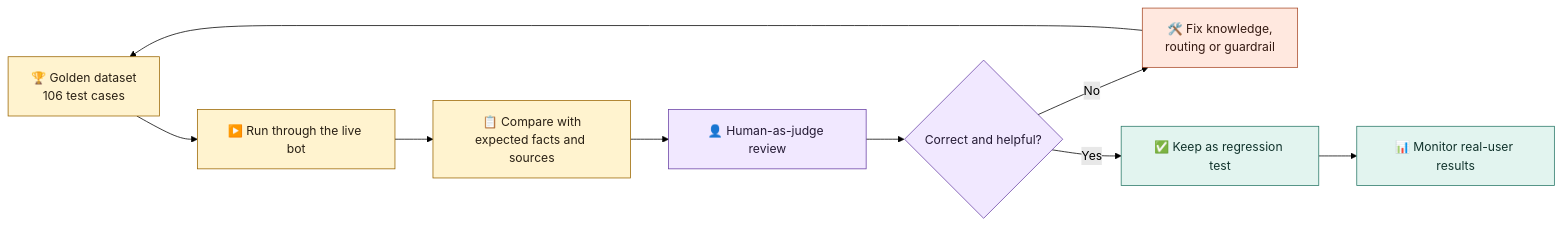
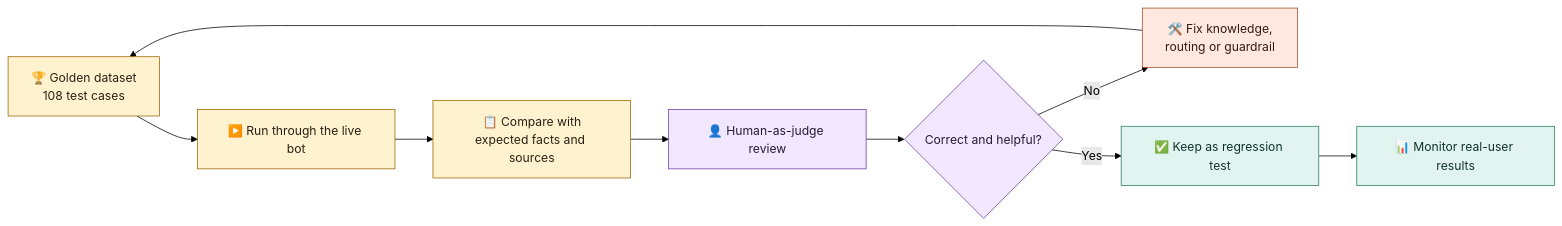
Before and after one commit to robona-pk/portfolio: the second of 2 diagrams in README.md, drawn with Mermaid (forest theme). The commit also changed other lines of this file and 5 other files, not shown here.

Commit message:
Fix chatbot topic and architecture answers

````diff
--- a/README.md
+++ b/README.md
@@ -165,21 +165,21 @@
 ```mermaid
 flowchart LR
-    A["🏆 Golden dataset<br/>106 test cases"] --> B["▶️ Run through the live bot"]
+    A["🏆 Golden dataset<br/>108 test cases"] --> B["▶️ Run through the live bot"]
     B --> C["📋 Compare with<br/>expected facts and sources"]
     C --> D["👤 Human-as-judge review"]
     D --> E{"Correct and helpful?"}
     E -- "No" --> F["🛠️ Fix knowledge,<br/>routing or guardrail"]
     F --> A
     E -- "Yes" --> G["✅ Keep as regression test"]
     G --> H["📊 Monitor real-user results"]
 
     classDef test fill:#fff3cf,stroke:#9a6500,color:#2a2115;
     classDef review fill:#f1e8ff,stroke:#6941a5,color:#251b35;
     classDef improve fill:#ffe8df,stroke:#a84a28,color:#351b13;
     classDef pass fill:#e2f4ef,stroke:#277766,color:#12342d;
 
     class A,B,C test;
     class D,E review;
     class F improve;
     class G,H pass;
 ```
````
